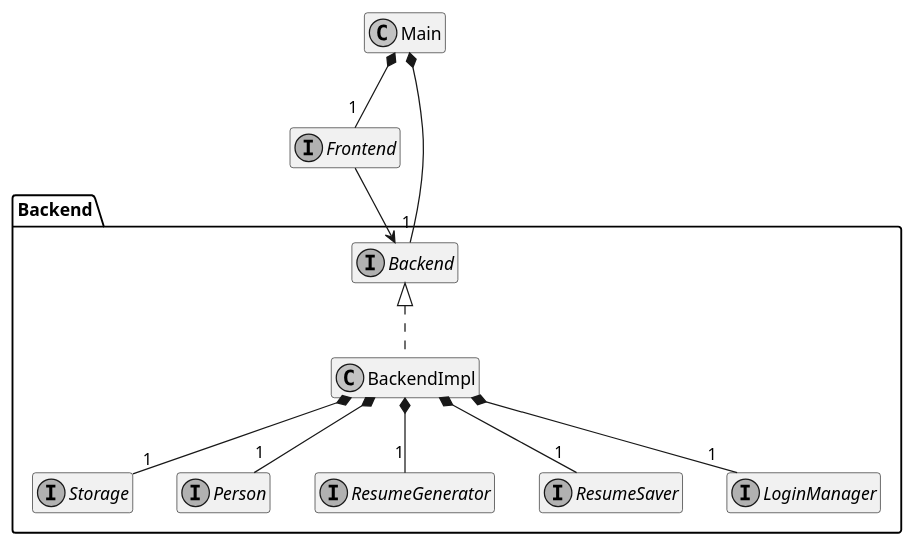
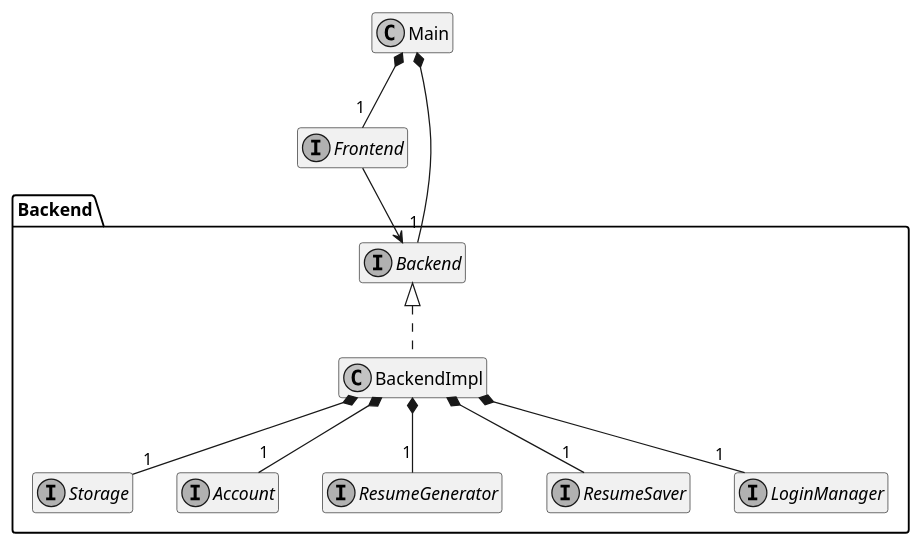
Before and after one commit to marckysan/ResuMe: the diagram in docs/diagrams/BackendArchitectureClassDiagram.puml, drawn with PlantUML. The commit also changed 11 other files, not shown here.

Commit message:
Rename Person to Account

```diff
--- a/docs/diagrams/BackendArchitectureClassDiagram.puml
+++ b/docs/diagrams/BackendArchitectureClassDiagram.puml
@@ -1,33 +1,33 @@
 @startuml
 
 skinparam monochrome true
 hide empty members
 
 class Main
 interface Frontend
 
 Main *-- "1" Backend.Backend
 Main *-- "1" Frontend
 Frontend --> Backend.Backend
 
 namespace Backend {
 
 interface Backend
 class BackendImpl
 Backend <|.. BackendImpl
 
 interface Storage
-interface Person
+interface Account
 interface ResumeGenerator
 interface ResumeSaver
 interface LoginManager
 
 BackendImpl *-- "1" Storage
-BackendImpl *-- "1" Person
+BackendImpl *-- "1" Account
 BackendImpl *-- "1" ResumeGenerator
 BackendImpl *-- "1" ResumeSaver
 BackendImpl *-- "1" LoginManager
 
 }
 
 @enduml
```
